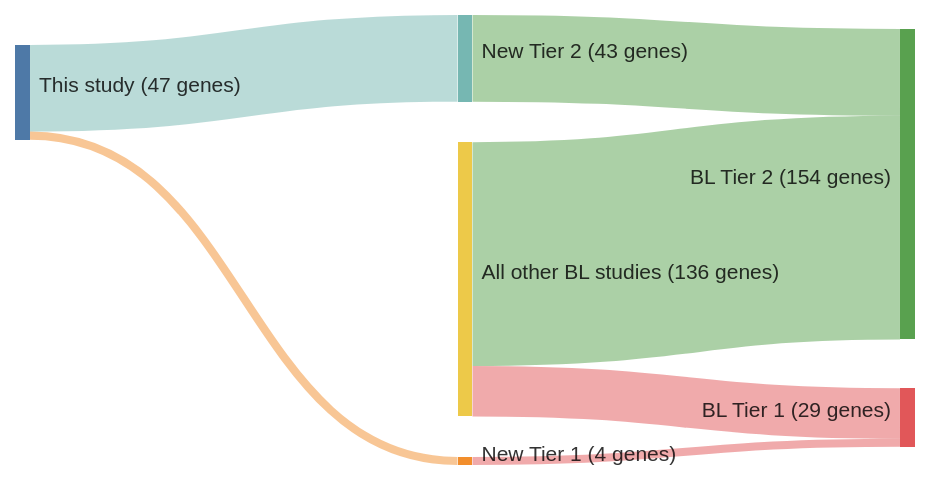
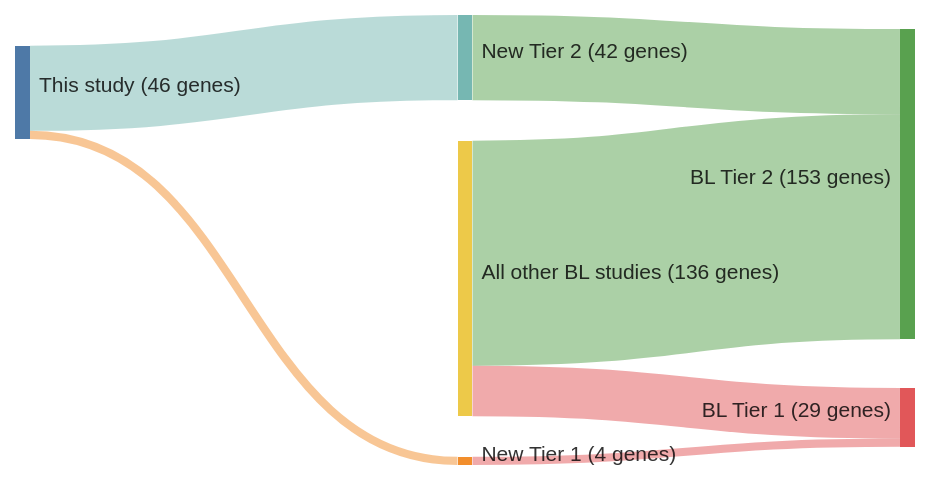
One commit to morinlab/lymphopedia changed the diagram in papers/paneaWholeGenomeLandscape2019.md. Above: the diagram before and after it, drawn with Mermaid. The commit also changed other lines of this file and 4 other files, not shown here.

````diff
--- a/papers/paneaWholeGenomeLandscape2019.md
+++ b/papers/paneaWholeGenomeLandscape2019.md
@@ -12,20 +12,20 @@
 ```mermaid
 ---
 config:
     sankey:
         showValues: true
         linkColor: target
         width: 600
         height: 300
         nodeAlignment: right
         prefix: '('
         suffix: ' genes)'
 ---
 sankey-beta
 This study, New Tier 1, 4
 New Tier 1, BL Tier 1, 4
-This study, New Tier 2, 43
-New Tier 2, BL Tier 2, 43
+This study, New Tier 2, 42
+New Tier 2, BL Tier 2, 42
 All other BL studies, BL Tier 1, 25
 All other BL studies, BL Tier 2, 111
 ```
````
